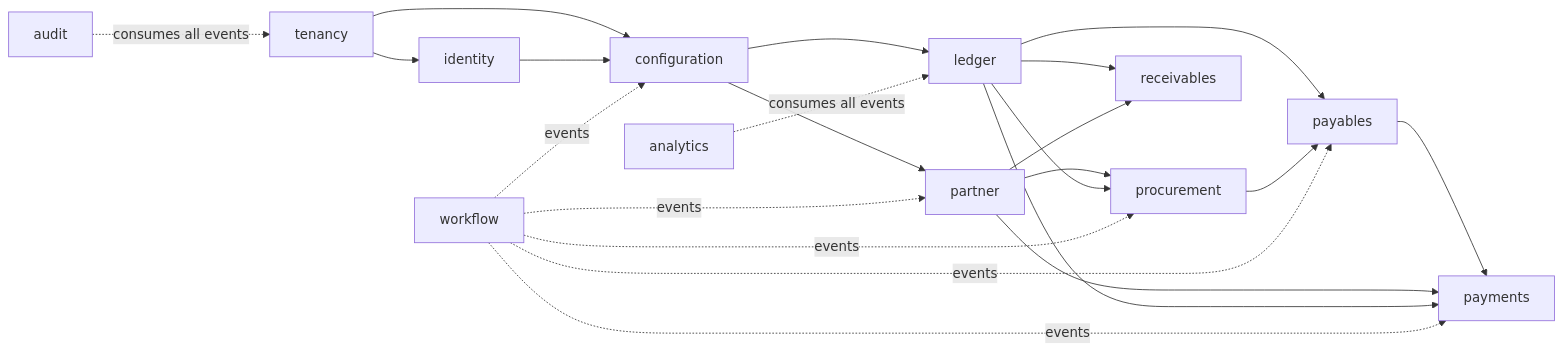
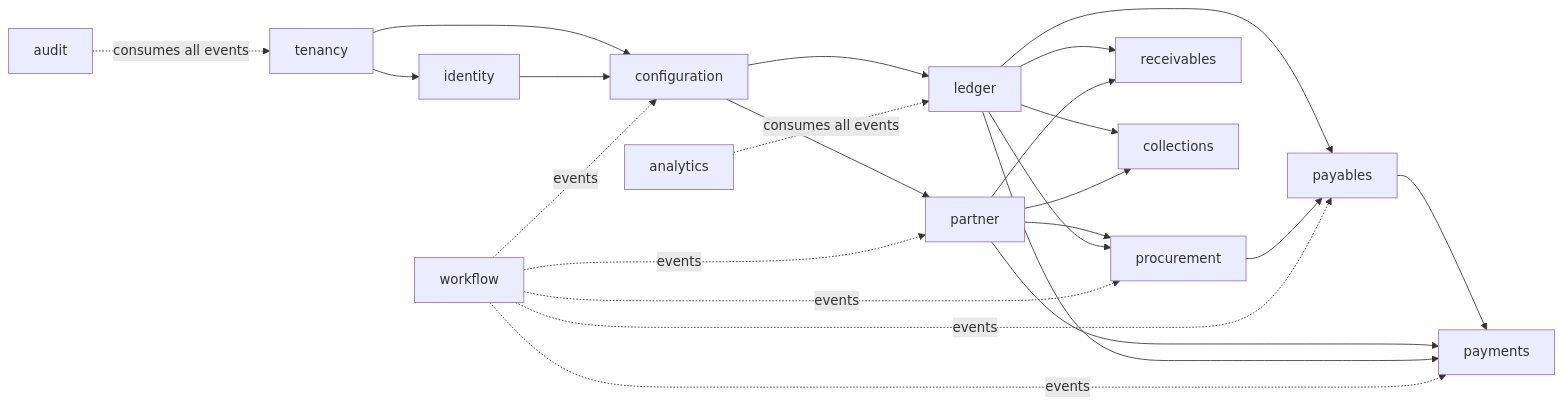
The first of 2 diagrams in docs/design/02-architecture.md (mustie7iy/agentic-erp), drawn with Mermaid before and after one commit. The commit also changed other lines of this file and 43 other files, not shown here.

````diff
--- a/docs/design/02-architecture.md
+++ b/docs/design/02-architecture.md
@@ -64,24 +65,26 @@
 ```mermaid
 flowchart LR
   tenancy --> identity
   tenancy --> configuration
   identity --> configuration
   configuration --> partner
   configuration --> ledger
   partner --> procurement
   ledger --> procurement
   ledger --> payables
   procurement --> payables
   ledger --> receivables
   partner --> receivables
+  ledger --> collections
+  partner --> collections
   payables --> payments
   partner --> payments
   ledger --> payments
   workflow -.events.-> procurement
   workflow -.events.-> payables
   workflow -.events.-> payments
   workflow -.events.-> partner
   workflow -.events.-> configuration
   audit -.consumes all events.-> tenancy
   analytics -.consumes all events.-> ledger
 ```
````
